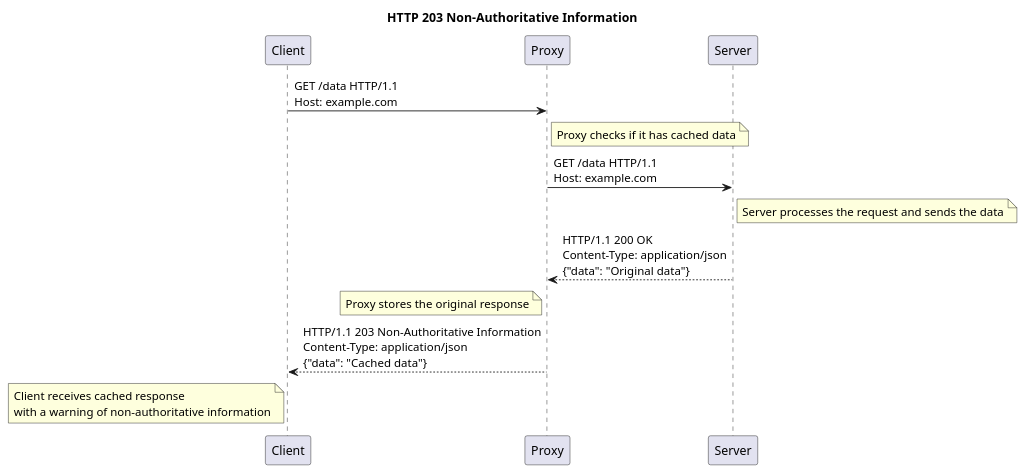
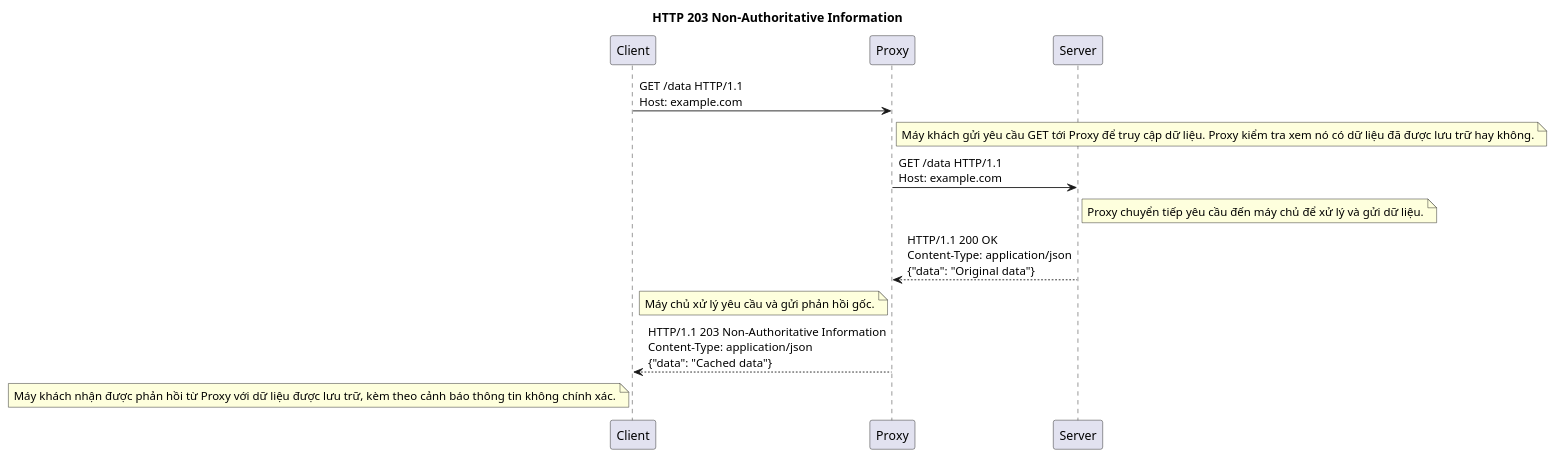
The sixth of 26 diagrams in packages/apps/src/blog/2024-12-05-y-nghia-cua-cac-http-status-code.md (thanhlv-com/thanhlv-blog), drawn with PlantUML before and after one commit. The commit also changed other lines of this file and 3 other files, not shown here.

````diff
--- a/packages/apps/src/blog/2024-12-05-y-nghia-cua-cac-http-status-code.md
+++ b/packages/apps/src/blog/2024-12-05-y-nghia-cua-cac-http-status-code.md
@@ -269,24 +269,22 @@
 ```plantuml
 @startuml
 
 title HTTP 203 Non-Authoritative Information
 
 participant "Client" as C
 participant "Proxy" as P
 participant "Server" as S
 
 C -> P: GET /data HTTP/1.1\nHost: example.com
-note right of P: Proxy checks if it has cached data
+note right of P: Máy khách gửi yêu cầu GET tới Proxy để truy cập dữ liệu. Proxy kiểm tra xem nó có dữ liệu đã được lưu trữ hay không.
 
 P -> S: GET /data HTTP/1.1\nHost: example.com
-note right of S: Server processes the request and sends the data
+note right of S: Proxy chuyển tiếp yêu cầu đến máy chủ để xử lý và gửi dữ liệu.
 
 S --> P: HTTP/1.1 200 OK\nContent-Type: application/json\n{"data": "Original data"}
-note left of P: Proxy stores the original response
+note left of P: Máy chủ xử lý yêu cầu và gửi phản hồi gốc.
 
 P --> C: HTTP/1.1 203 Non-Authoritative Information\nContent-Type: application/json\n{"data": "Cached data"}
-note left of C: Client receives cached response\nwith a warning of non-authoritative information
-
+note left of C: Máy khách nhận được phản hồi từ Proxy với dữ liệu được lưu trữ, kèm theo cảnh báo thông tin không chính xác.
 @enduml
-
 ```
````
